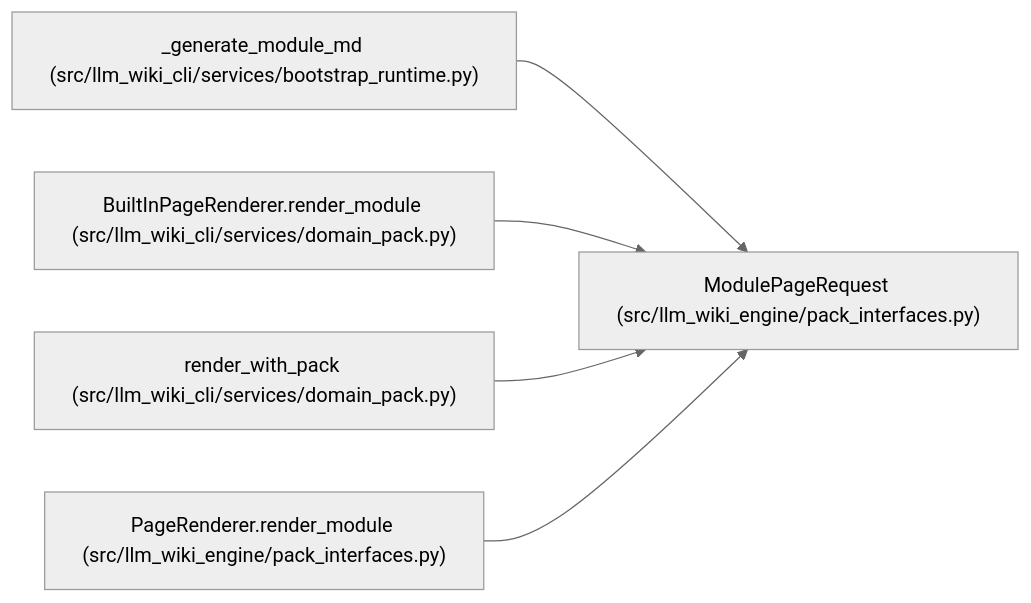
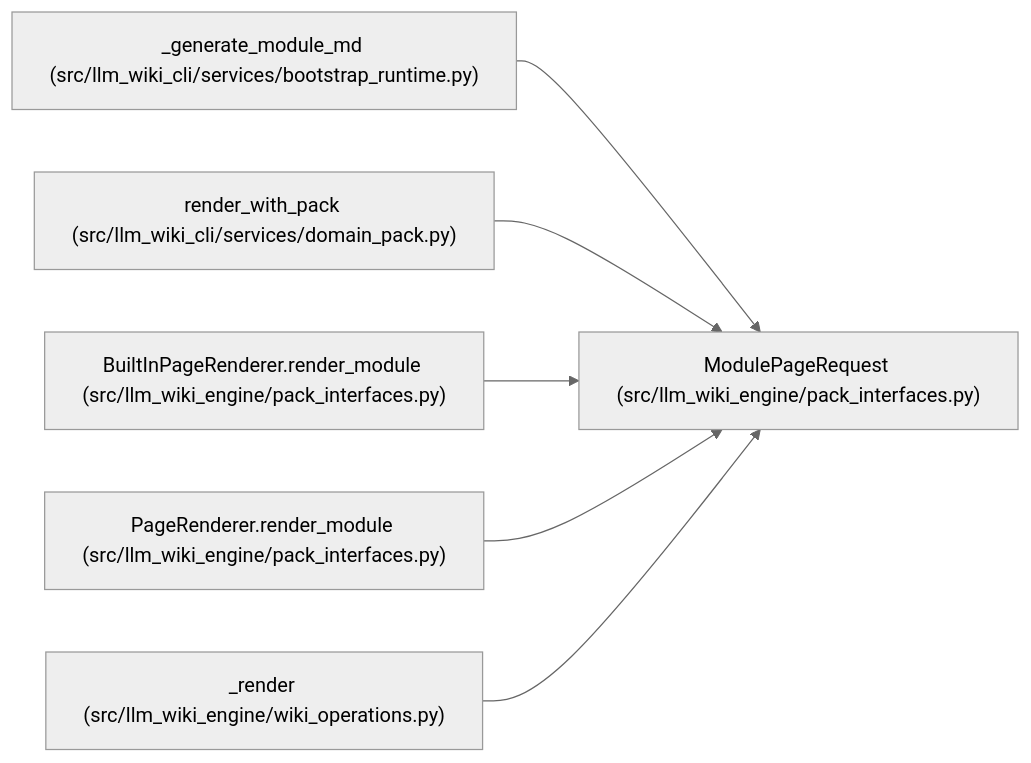
The diagram in docs/llm_wiki/entities/ModulePageRequest.md (Denissvgn/python-wiki-llm), drawn with Mermaid (neutral theme) before and after one commit. The commit also changed other lines of this file and 719 other files, not shown here.

Commit message:
docs: refresh the wiki for the engine's own use cases

````diff
--- a/docs/llm_wiki/entities/ModulePageRequest.md
+++ b/docs/llm_wiki/entities/ModulePageRequest.md
@@ -36,17 +36,20 @@
 ```mermaid
 flowchart LR
     n0["ModulePageRequest (src/llm_wiki_engine/pack_interfaces.py)"]
     n1["_generate_module_md (src/llm_wiki_cli/services/bootstrap_runtime.py)"]
-    n2["BuiltInPageRenderer.render_module (src/llm_wiki_cli/services/domain_pack.py)"]
-    n3["render_with_pack (src/llm_wiki_cli/services/domain_pack.py)"]
+    n2["render_with_pack (src/llm_wiki_cli/services/domain_pack.py)"]
+    n3["BuiltInPageRenderer.render_module (src/llm_wiki_engine/pack_interfaces.py)"]
     n4["PageRenderer.render_module (src/llm_wiki_engine/pack_interfaces.py)"]
+    n5["_render (src/llm_wiki_engine/wiki_operations.py)"]
     n1 --> n0
     n2 --> n0
     n3 --> n0
     n4 --> n0
+    n5 --> n0
     click n0 "../modules/pack_interfaces.md"
     click n1 "../modules/bootstrap_runtime.md"
     click n2 "../modules/domain_pack.md"
-    click n3 "../modules/domain_pack.md"
+    click n3 "../modules/pack_interfaces.md"
     click n4 "../modules/pack_interfaces.md"
+    click n5 "../modules/wiki_operations.md"
 ```
````
